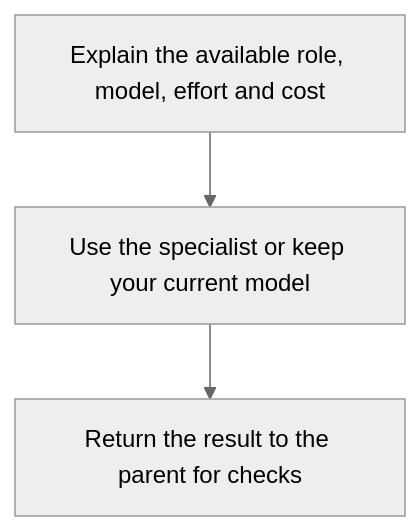
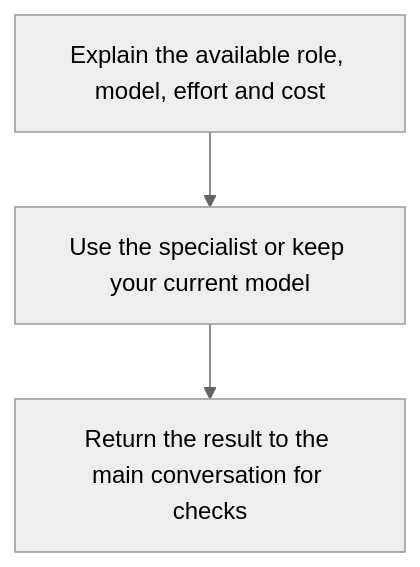
The diagram in docs/specialist-agents.md (myowinthein/agent-compass), drawn with Mermaid (neutral theme) before and after one commit. The commit also changed 10 other files, not shown here.

````diff
--- a/docs/specialist-agents.md
+++ b/docs/specialist-agents.md
@@ -19,5 +19,5 @@
 ```mermaid
 flowchart TD
   Offer["Explain the available role, model, effort and cost"] --> Choose["Use the specialist or keep your current model"]
-  Choose --> Verify["Return the result to the parent for checks"]
+  Choose --> Verify["Return the result to the main conversation for checks"]
 ```
````
